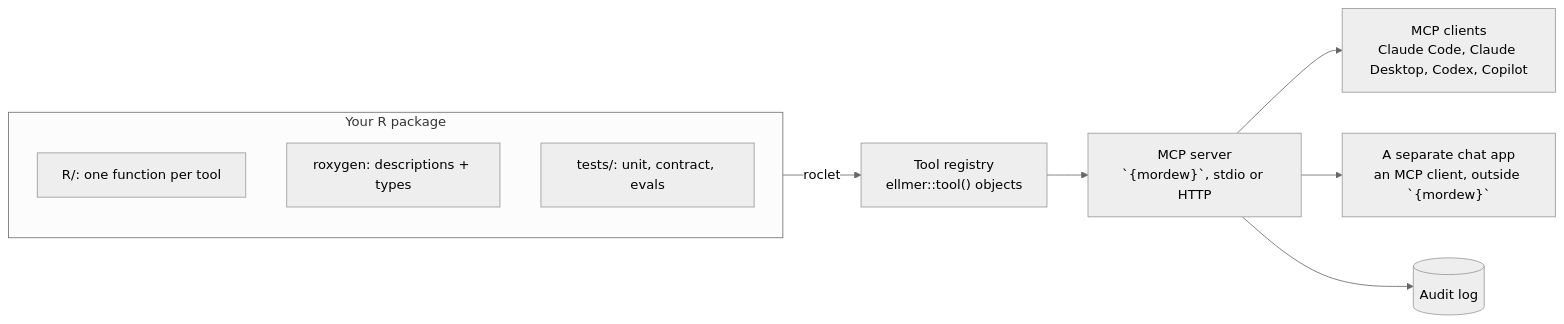
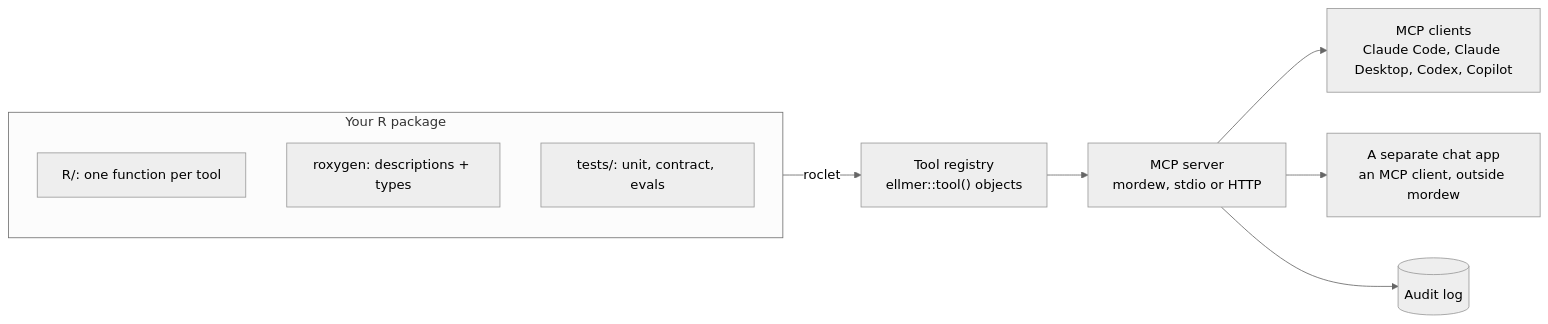
Before and after one commit to ThinkR-open/mordew: the second of 4 diagrams in README.md, drawn with Mermaid (neutral theme). The commit also changed other lines of this file and 13 other files, not shown here.

````diff
--- a/README.md
+++ b/README.md
@@ -226,13 +228,13 @@
 ```mermaid
 flowchart LR
   subgraph pkg["Your R package"]
     F["R/: one function per tool"]
     X["roxygen: descriptions + types"]
     T["tests/: unit, contract, evals"]
   end
   pkg -- "roclet" --> REG["Tool registry<br/>ellmer::tool() objects"]
-  REG --> SRV["MCP server<br/>`{mordew}`, stdio or HTTP"]
+  REG --> SRV["MCP server<br/>mordew, stdio or HTTP"]
   SRV --> EXT["MCP clients<br/>Claude Code, Claude Desktop, Codex, Copilot"]
-  SRV --> CHAT["A separate chat app<br/>an MCP client, outside `{mordew}`"]
+  SRV --> CHAT["A separate chat app<br/>an MCP client, outside mordew"]
   SRV --> LOG[("Audit log")]
 ```
````
